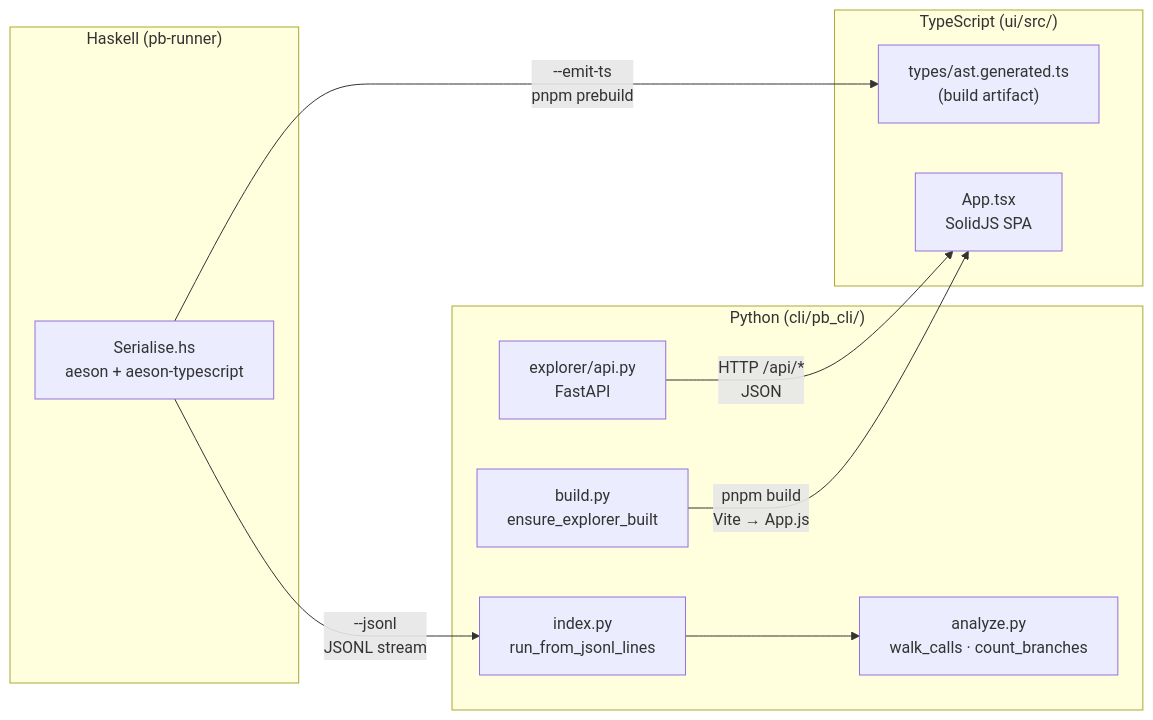
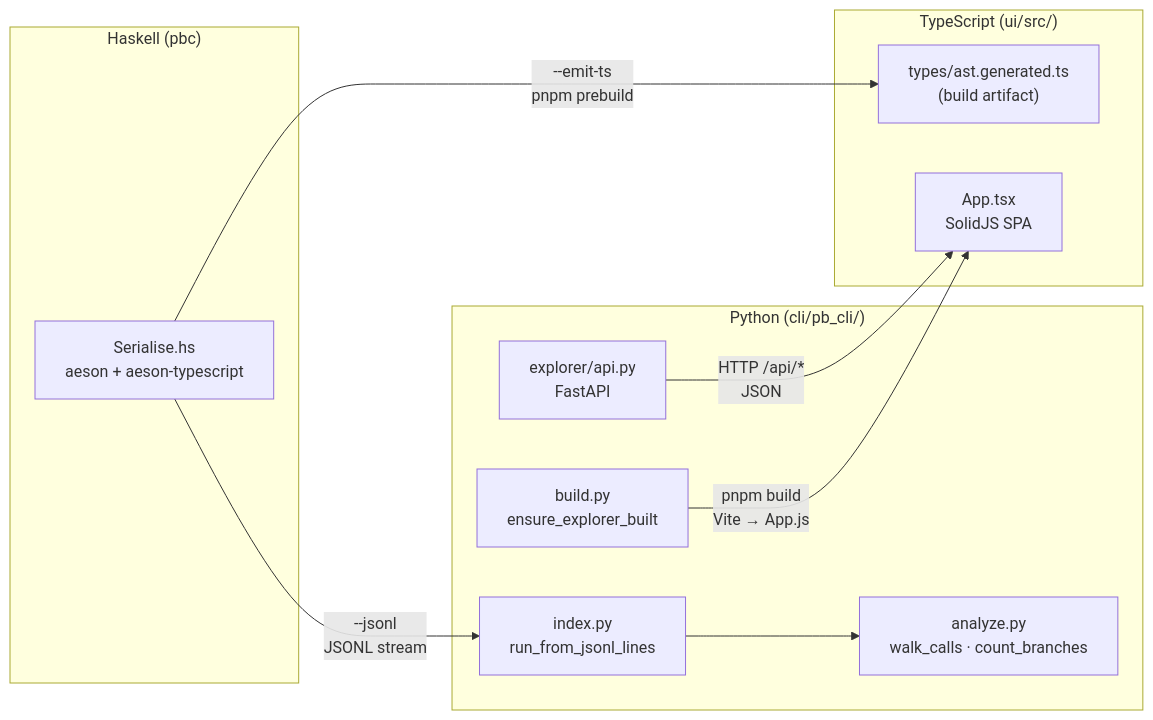
The third of 3 diagrams in doc/architecture.md (thomasmarsh/pb), drawn with Mermaid before and after one commit. The commit also changed other lines of this file and 80 other files, not shown here.

First line of the commit message:
refactor(haskell): rename parser/ to compiler/, pb-ast to pb-compiler, pb-runner to pbc (plan 118 - H3)

````diff
--- a/doc/architecture.md
+++ b/doc/architecture.md
@@ -224,22 +224,22 @@
 ```mermaid
 flowchart LR
-    subgraph Haskell["Haskell (pb-runner)"]
+    subgraph Haskell["Haskell (pbc)"]
         HS_SER["Serialise.hs\naeson + aeson-typescript"]
     end
     subgraph Python["Python (cli/pb_cli/)"]
         PY_BUILD["build.py\nensure_explorer_built"]
         PY_IDX["index.py\nrun_from_jsonl_lines"]
         PY_ANA["analyze.py\nwalk_calls · count_branches"]
         PY_API["explorer/api.py\nFastAPI"]
     end
     subgraph TS["TypeScript (ui/src/)"]
         TS_TYPES["types/ast.generated.ts\n(build artifact)"]
         TS_APP["App.tsx\nSolidJS SPA"]
     end
 
     HS_SER -->|"--emit-ts\npnpm prebuild"| TS_TYPES
     HS_SER -->|"--jsonl\nJSONL stream"| PY_IDX
     PY_BUILD -->|"pnpm build\nVite → App.js"| TS_APP
     PY_IDX --> PY_ANA
     PY_API -->|"HTTP /api/*\nJSON"| TS_APP
 ```
````
